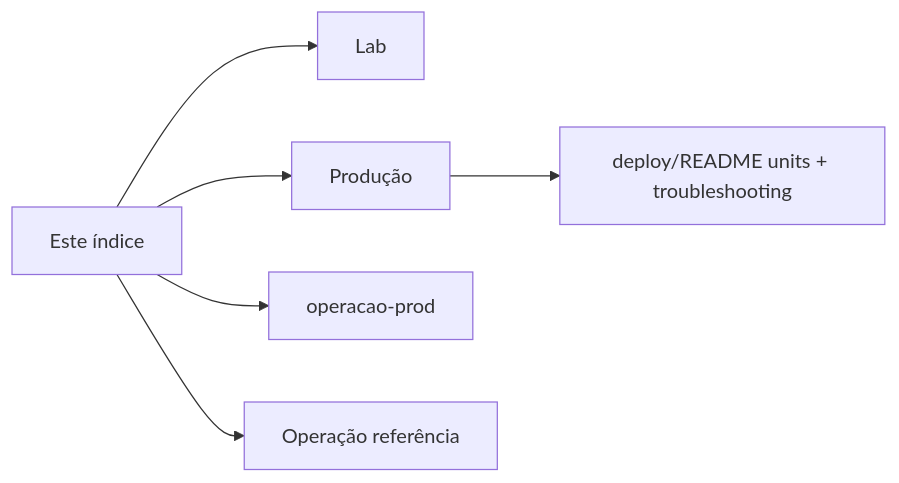
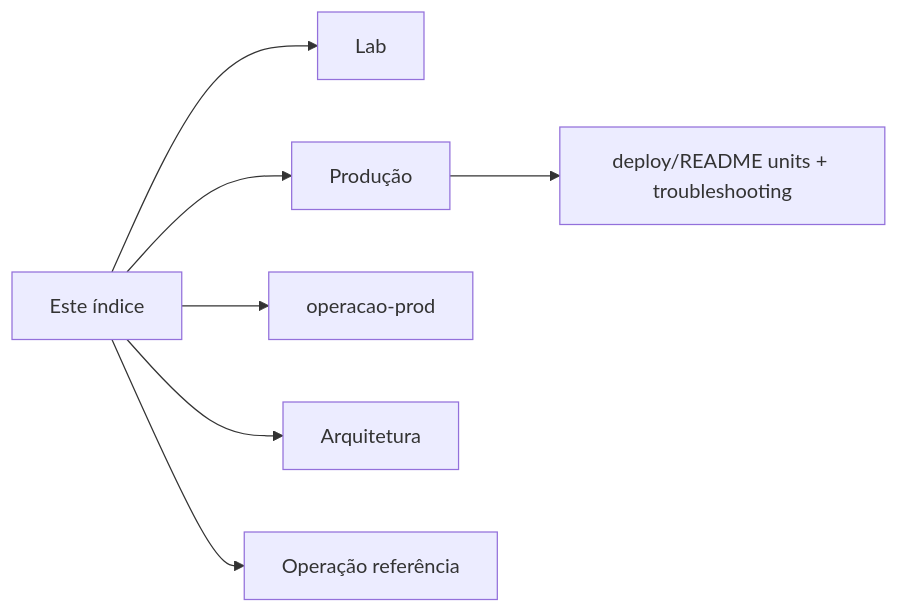
Before and after one commit to rafaellcardooso/empresarial-grno: the diagram in docs/README.md, drawn with Mermaid. The commit also changed other lines of this file and 7 other files, not shown here.

First line of the commit message:
docs: add project governance and architecture guides

````diff
--- a/docs/README.md
+++ b/docs/README.md
@@ -16,9 +19,10 @@
 ```mermaid
 flowchart LR
   hub[Este índice]
   hub --> lab[Lab]
   hub --> prod[Produção]
   hub --> delta[operacao-prod]
+  hub --> arch[Arquitetura]
   hub --> ref[Operação referência]
   prod --> units[deploy/README units + troubleshooting]
 ```
````
